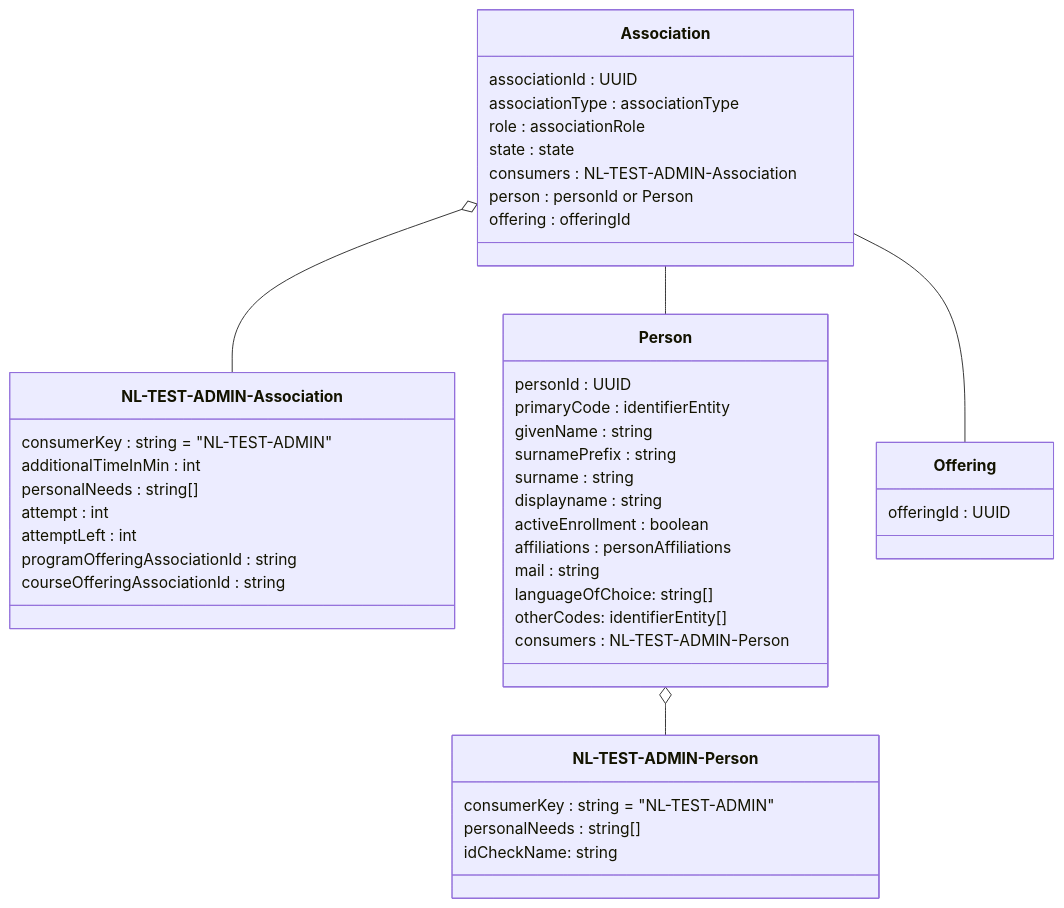
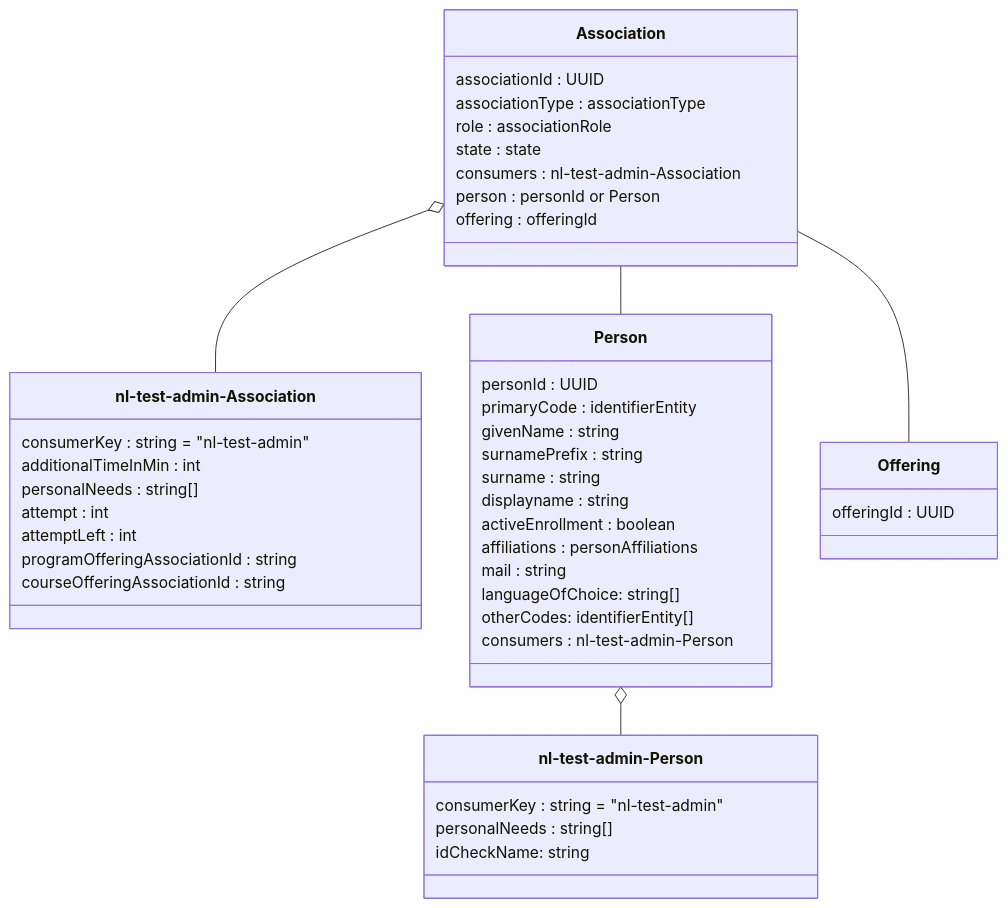
The fourth of 14 diagrams in doc/flow1.md (NetwerkExamineringDigitalisering/NED-OOAPI), drawn with Mermaid before and after one commit. The commit also changed other lines of this file and 26 other files, not shown here.

````diff
--- a/doc/flow1.md
+++ b/doc/flow1.md
@@ -135,48 +135,48 @@
 ```mermaid
 classDiagram
     class Association {
     	associationId : UUID
         associationType : associationType
         role : associationRole
         state : state
-        consumers : NL-TEST-ADMIN-Association
+        consumers : nl-test-admin-Association
         person : personId or Person
         offering : offeringId
     }
-    class `NL-TEST-ADMIN-Association` {
-    	consumerKey : string = "NL-TEST-ADMIN"
+    class `nl-test-admin-Association` {
+    	consumerKey : string = "nl-test-admin"
 	    additionalTimeInMin : int
 	    personalNeeds : string[]
         attempt : int
         attemptLeft : int
 	    programOfferingAssociationId : string
 	    courseOfferingAssociationId : string
     }
     class Person {
         personId : UUID
         primaryCode : identifierEntity
         givenName : string
         surnamePrefix : string 
         surname : string
         displayname : string
         activeEnrollment : boolean 
         affiliations : personAffiliations
         mail : string
         languageOfChoice: string[]
 		otherCodes: identifierEntity[]
-    	consumers : NL-TEST-ADMIN-Person
+    	consumers : nl-test-admin-Person
     }
-    class `NL-TEST-ADMIN-Person` {
-    	consumerKey : string = "NL-TEST-ADMIN"
+    class `nl-test-admin-Person` {
+    	consumerKey : string = "nl-test-admin"
 	    personalNeeds : string[]
         idCheckName: string
     }
     class Offering {
        offeringId : UUID
     }
     Association -- Offering 
-    Association o-- `NL-TEST-ADMIN-Association`
+    Association o-- `nl-test-admin-Association`
     Association -- Person
-    Person o-- `NL-TEST-ADMIN-Person`
+    Person o-- `nl-test-admin-Person`
 
 ```
````
